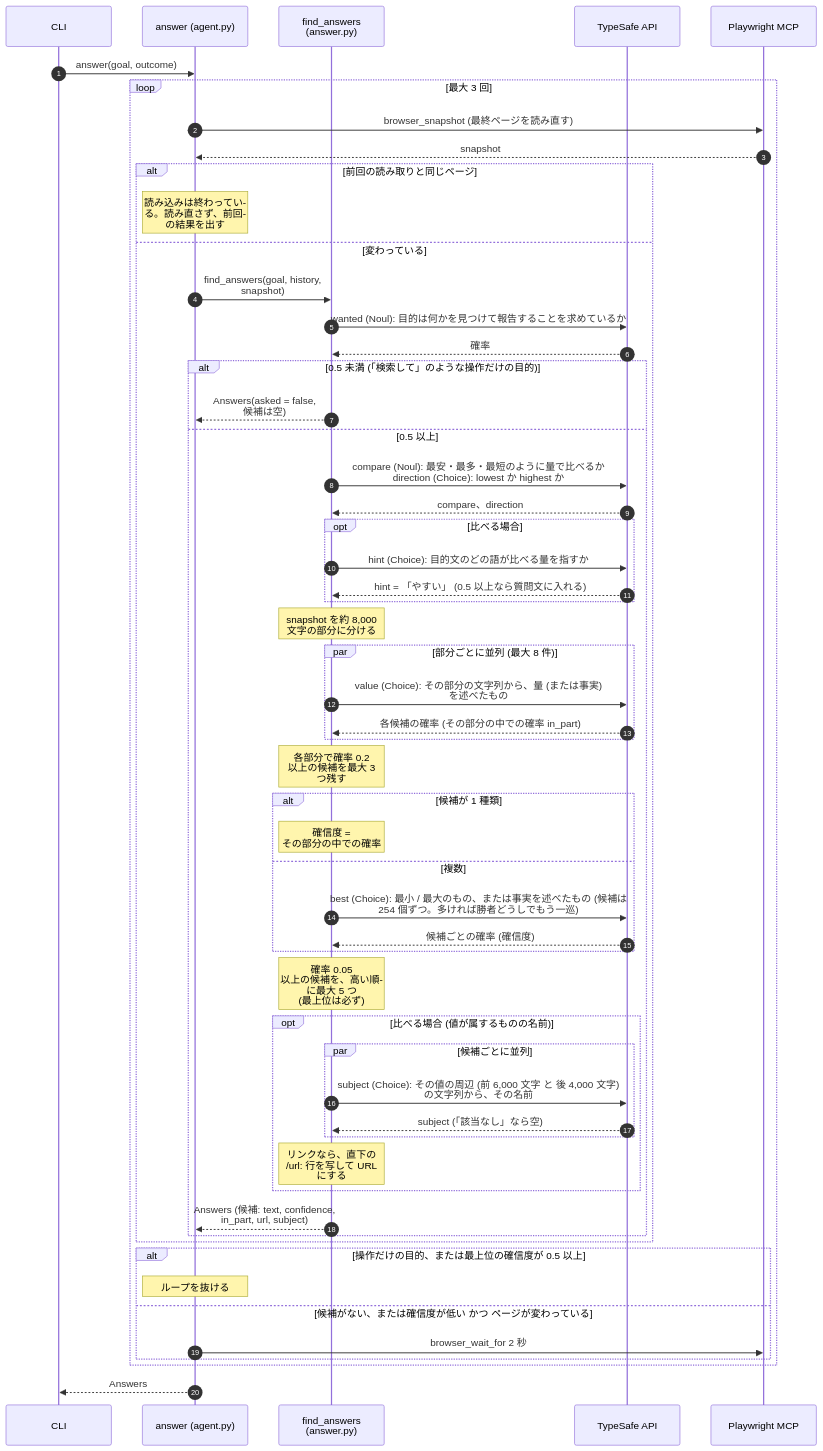
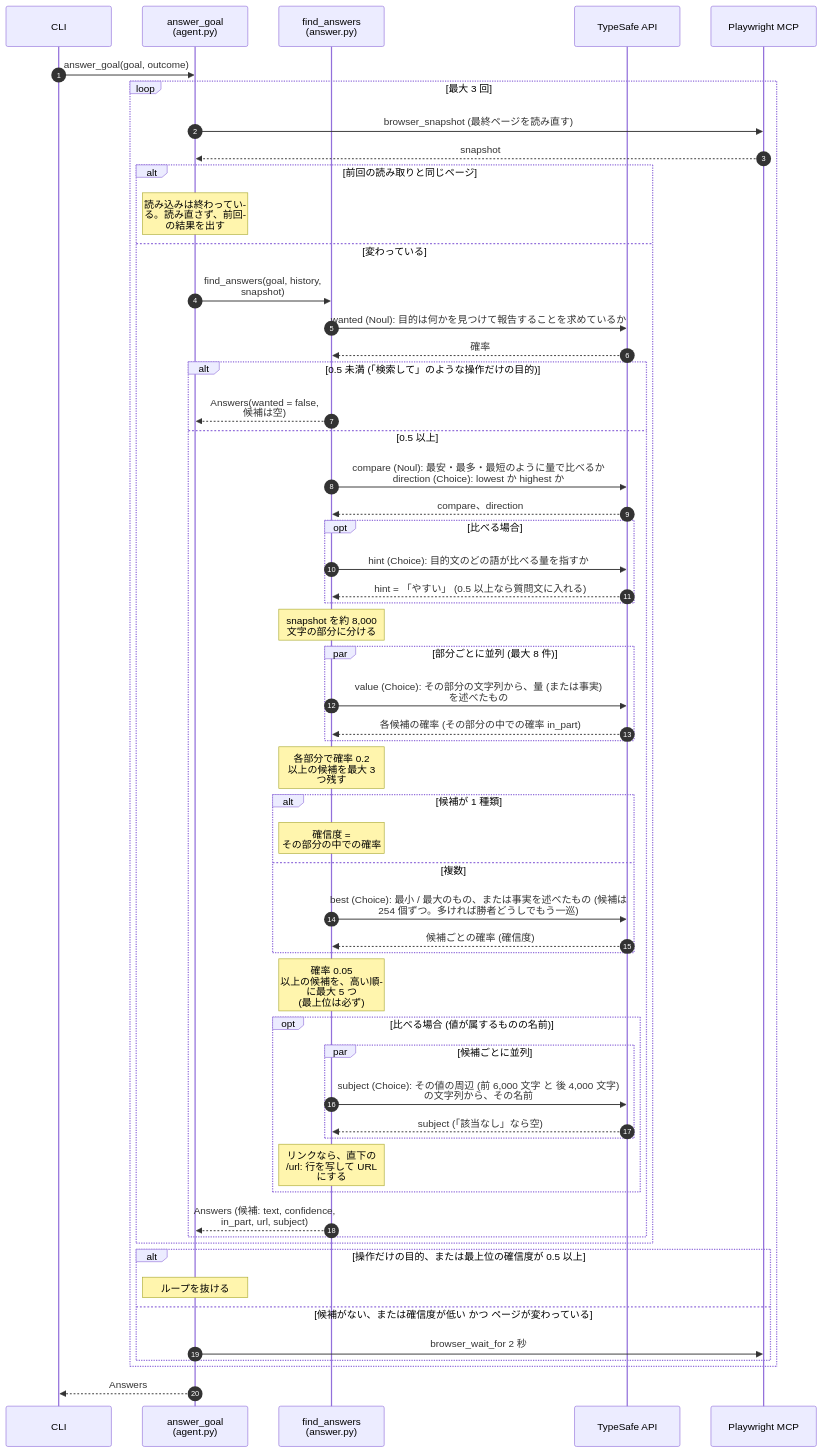
The sixth of 6 diagrams in docs/architecture.md (aRaikoFunakami/typesafe-auto-browsing), drawn with Mermaid before and after one commit. The commit also changed other lines of this file and 10 other files, not shown here.

````diff
--- a/docs/architecture.md
+++ b/docs/architecture.md
@@ -368,72 +368,72 @@
 ```mermaid
 ---
 config:
   sequence:
     wrap: true
     width: 170
     messageMargin: 28
     noteMargin: 8
 ---
 sequenceDiagram
     autonumber
     participant CLI as CLI
-    participant AG as answer (agent.py)
+    participant AG as answer_goal (agent.py)
     participant FA as find_answers (answer.py)
     participant TS as TypeSafe API
     participant MCP as Playwright MCP
 
-    CLI->>AG: answer(goal, outcome)
+    CLI->>AG: answer_goal(goal, outcome)
     loop 最大 3 回
         AG->>MCP: browser_snapshot (最終ページを読み直す)
         MCP-->>AG: snapshot
         alt 前回の読み取りと同じページ
             Note over AG: 読み込みは終わっている。読み直さず、前回の結果を出す
         else 変わっている
         AG->>FA: find_answers(goal, history, snapshot)
 
         FA->>TS: wanted (Noul): 目的は何かを見つけて報告することを求めているか
         TS-->>FA: 確率
         alt 0.5 未満 (「検索して」のような操作だけの目的)
-            FA-->>AG: Answers(asked = false, 候補は空)
+            FA-->>AG: Answers(wanted = false, 候補は空)
         else 0.5 以上
             FA->>TS: compare (Noul): 最安・最多・最短のように量で比べるか<br/>direction (Choice): lowest か highest か
             TS-->>FA: compare、direction
             opt 比べる場合
                 FA->>TS: hint (Choice): 目的文のどの語が比べる量を指すか
                 TS-->>FA: hint = 「やすい」 (0.5 以上なら質問文に入れる)
             end
 
             Note over FA: snapshot を約 8,000 文字の部分に分ける
             par 部分ごとに並列 (最大 8 件)
                 FA->>TS: value (Choice): その部分の文字列から、量 (または事実) を述べたもの
                 TS-->>FA: 各候補の確率 (その部分の中での確率 in_part)
             end
             Note over FA: 各部分で確率 0.2 以上の候補を最大 3 つ残す
 
             alt 候補が 1 種類
                 Note over FA: 確信度 = その部分の中での確率
             else 複数
                 FA->>TS: best (Choice): 最小 / 最大のもの、または事実を述べたもの (候補は 254 個ずつ。多ければ勝者どうしでもう一巡)
                 TS-->>FA: 候補ごとの確率 (確信度)
             end
             Note over FA: 確率 0.05 以上の候補を、高い順に最大 5 つ (最上位は必ず)
 
             opt 比べる場合 (値が属するものの名前)
                 par 候補ごとに並列
                     FA->>TS: subject (Choice): その値の周辺 (前 6,000 文字 と 後 4,000 文字) の文字列から、その名前
                     TS-->>FA: subject (「該当なし」なら空)
                 end
                 Note over FA: リンクなら、直下の /url: 行を写して URL にする
             end
             FA-->>AG: Answers (候補: text, confidence, in_part, url, subject)
         end
         end
 
         alt 操作だけの目的、または最上位の確信度が 0.5 以上
             Note over AG: ループを抜ける
         else 候補がない、または確信度が低い かつ ページが変わっている
             AG->>MCP: browser_wait_for 2 秒
         end
     end
     AG-->>CLI: Answers
 ```
````
